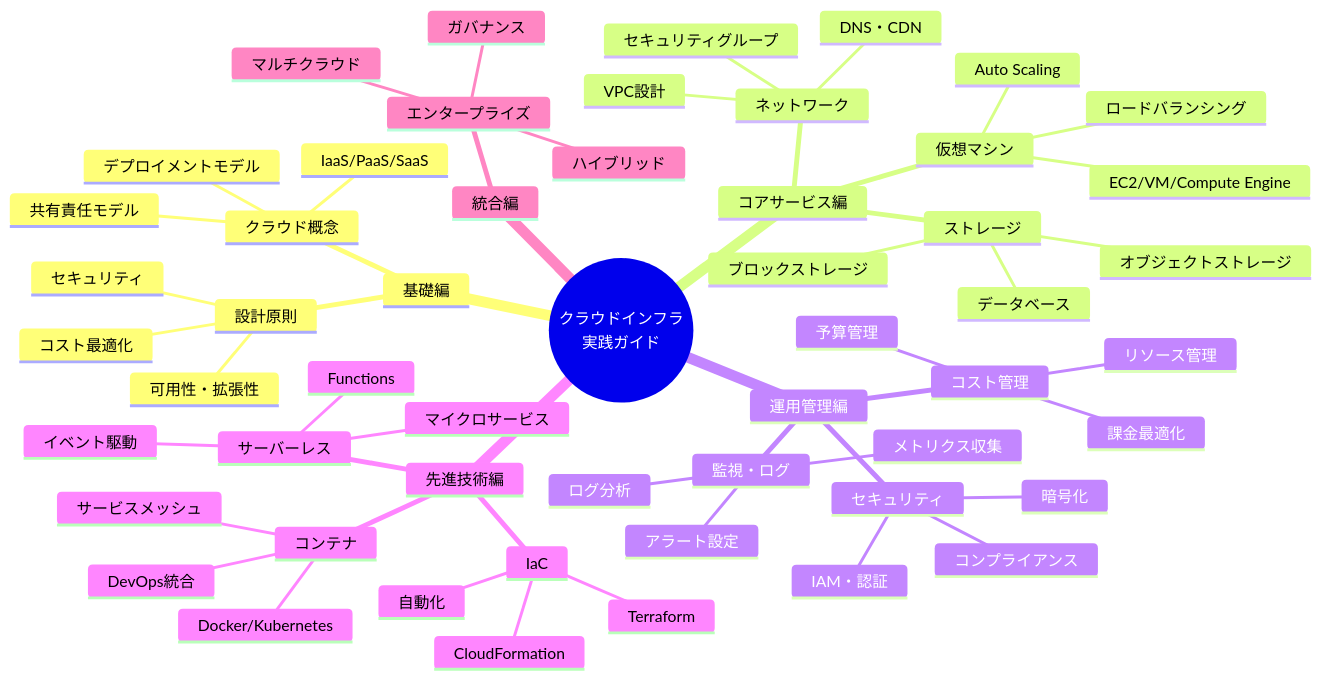
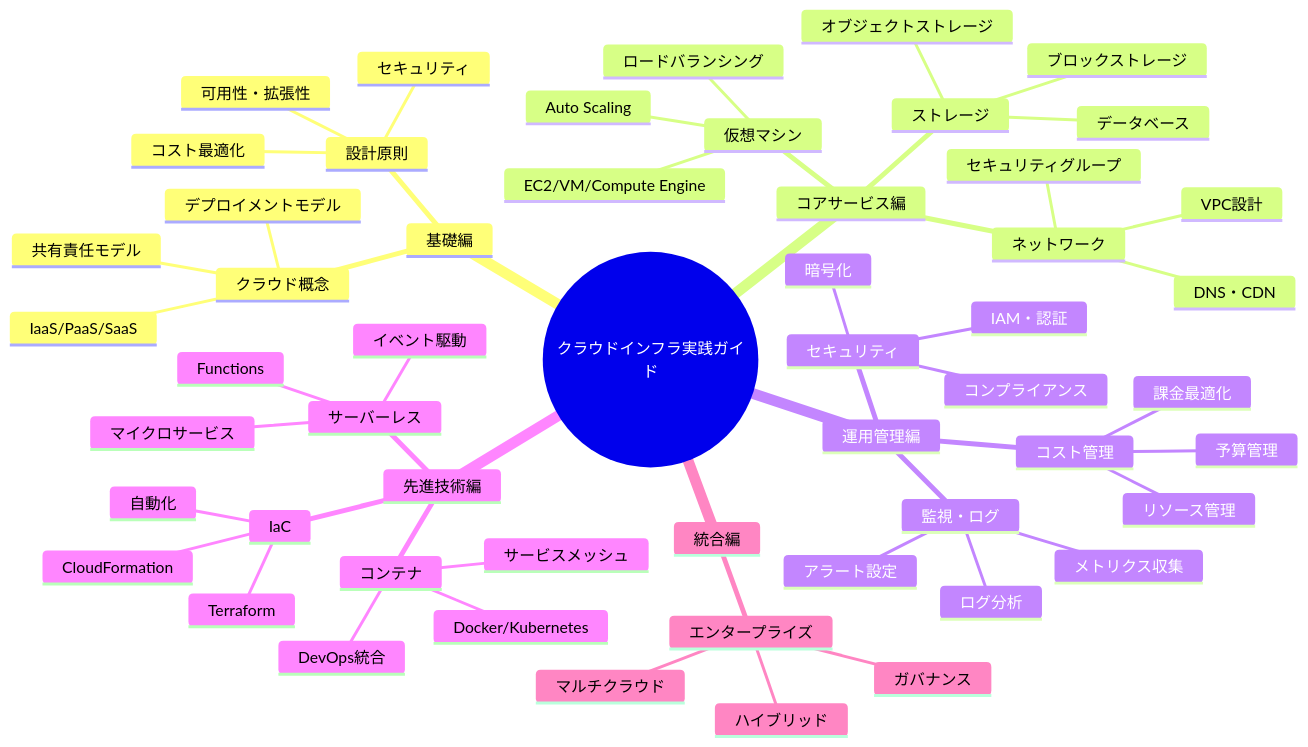
One commit to itdojp/cloud-infra-book changed the first of 2 diagrams in src/introduction/index.md. Above: the diagram before and after it, drawn with Mermaid.

````diff
--- a/src/introduction/index.md
+++ b/src/introduction/index.md
@@ -34,58 +34,57 @@
 ```mermaid
 mindmap
-  root((クラウドインフラ
-  実践ガイド))
+  root((クラウドインフラ実践ガイド))
     基礎編
       クラウド概念
         IaaS/PaaS/SaaS
         共有責任モデル
         デプロイメントモデル
       設計原則
         可用性・拡張性
         セキュリティ
         コスト最適化
     コアサービス編
       仮想マシン
         EC2/VM/Compute Engine
         Auto Scaling
         ロードバランシング
       ストレージ
         オブジェクトストレージ
         ブロックストレージ
         データベース
       ネットワーク
         VPC設計
         DNS・CDN
         セキュリティグループ
     運用管理編
       セキュリティ
         IAM・認証
         暗号化
         コンプライアンス
       監視・ログ
         メトリクス収集
         アラート設定
         ログ分析
       コスト管理
         課金最適化
         リソース管理
         予算管理
     先進技術編
       サーバーレス
         Functions
         イベント駆動
         マイクロサービス
       コンテナ
         Docker/Kubernetes
         サービスメッシュ
         DevOps統合
       IaC
         Terraform
         CloudFormation
         自動化
     統合編
       エンタープライズ
         マルチクラウド
         ハイブリッド
         ガバナンス
 ```
````
